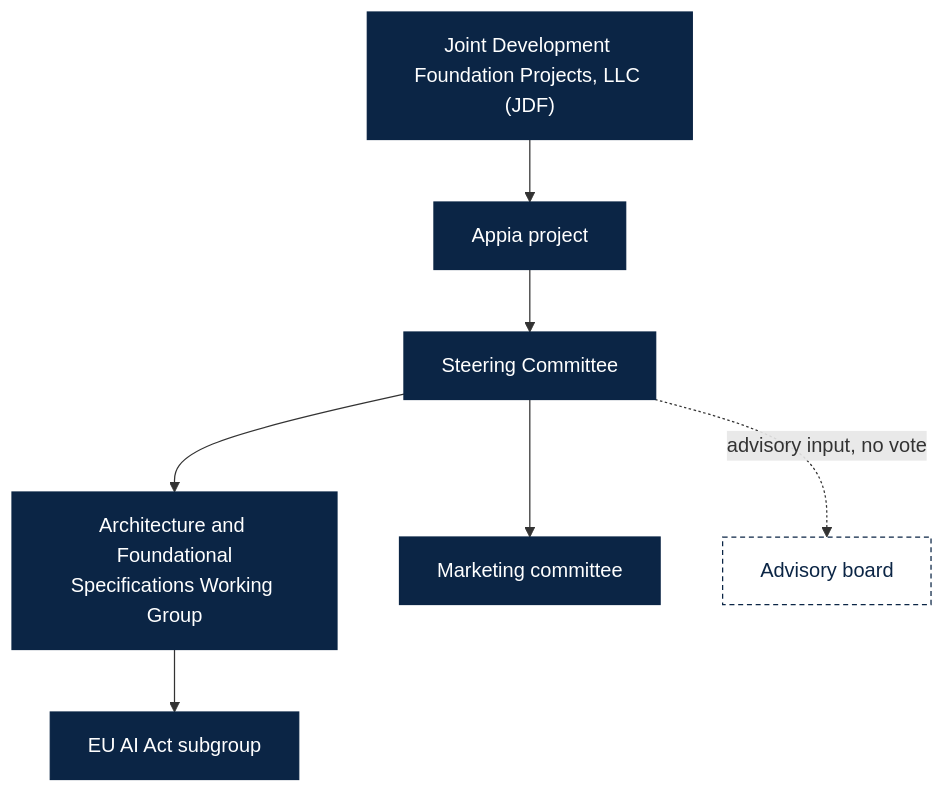
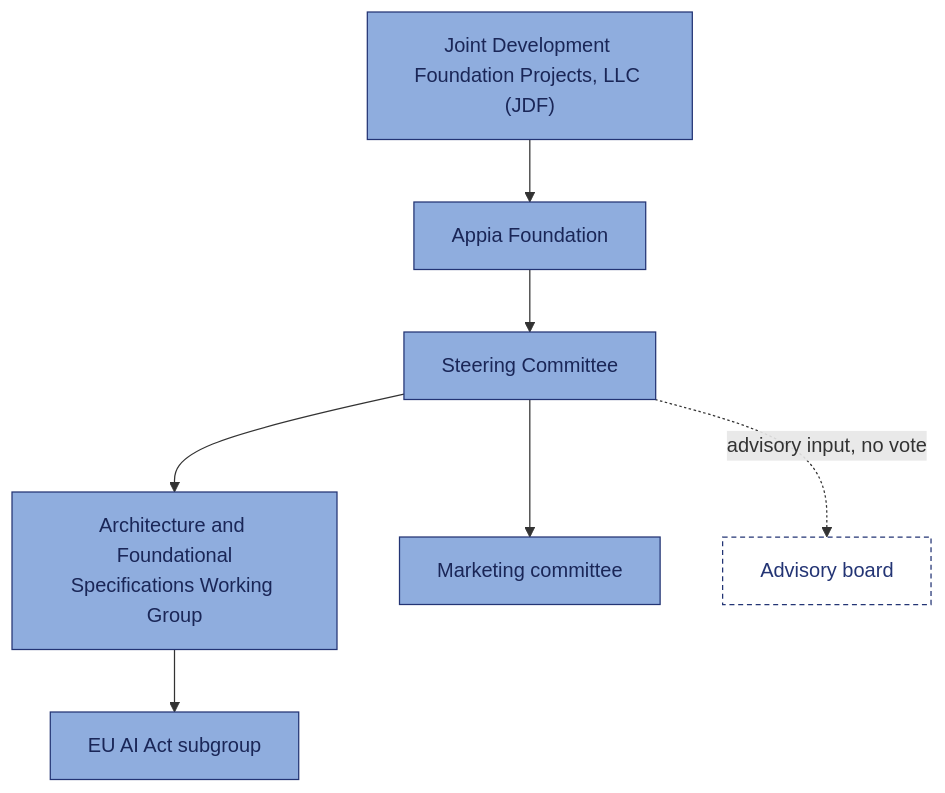
One commit to appia-foundation/getting-to-know-Appia changed the diagram in docs/governance.md. Above: the diagram before and after it, drawn with Mermaid. The commit also changed 8 other files, not shown here.

````diff
--- a/docs/governance.md
+++ b/docs/governance.md
@@ -11,21 +11,21 @@
 ```mermaid
 flowchart TD
     JDF["Joint Development Foundation Projects, LLC (JDF)"]
-    APPIA["Appia project"]
+    APPIA["Appia Foundation"]
     SC["Steering Committee"]
     ARCH["Architecture and Foundational\nSpecifications Working Group"]
     EUAI["EU AI Act subgroup"]
     MKT["Marketing committee"]
     ADV["Advisory board"]
 
     JDF --> APPIA --> SC
     SC --> ARCH
     ARCH --> EUAI
     SC --> MKT
     SC -.->|advisory input, no vote| ADV
 
-    classDef solidNode fill:#0B2545,color:#fff,stroke:#0B2545;
-    classDef advisoryNode fill:#fff,color:#0B2545,stroke:#0B2545,stroke-dasharray: 4 3;
+    classDef solidNode fill:#8FADDE,color:#1A2657,stroke:#233474,stroke-width:1px;
+    classDef advisoryNode fill:#fff,color:#233474,stroke:#233474,stroke-dasharray: 4 3;
     class JDF,APPIA,SC,ARCH,EUAI,MKT solidNode;
     class ADV advisoryNode;
 ```
````
